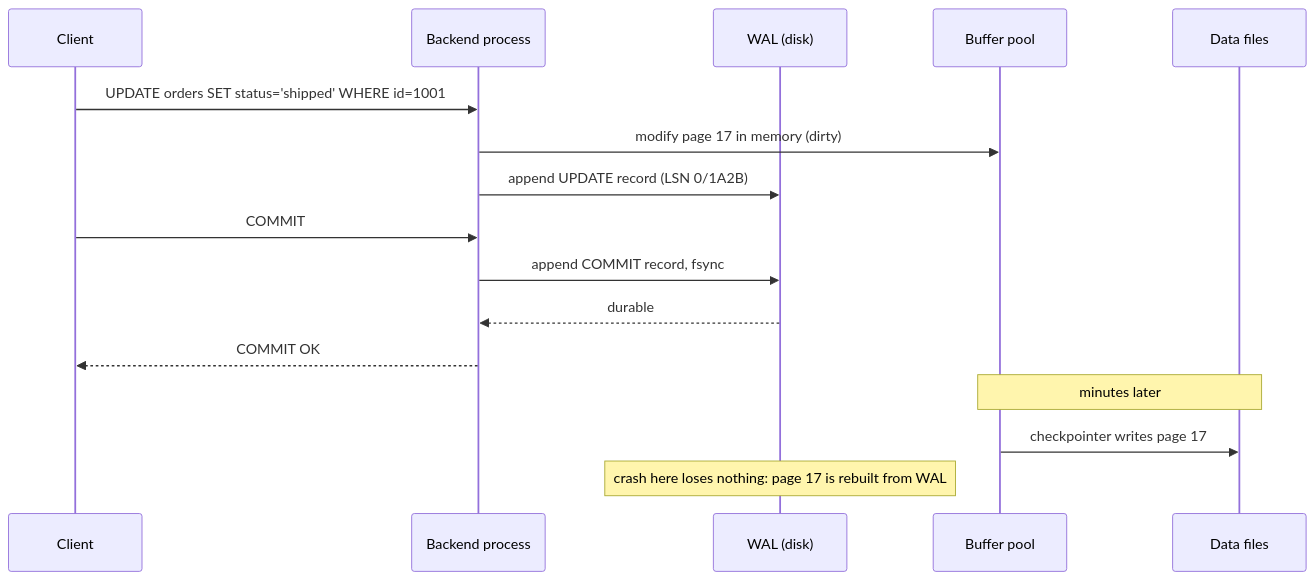
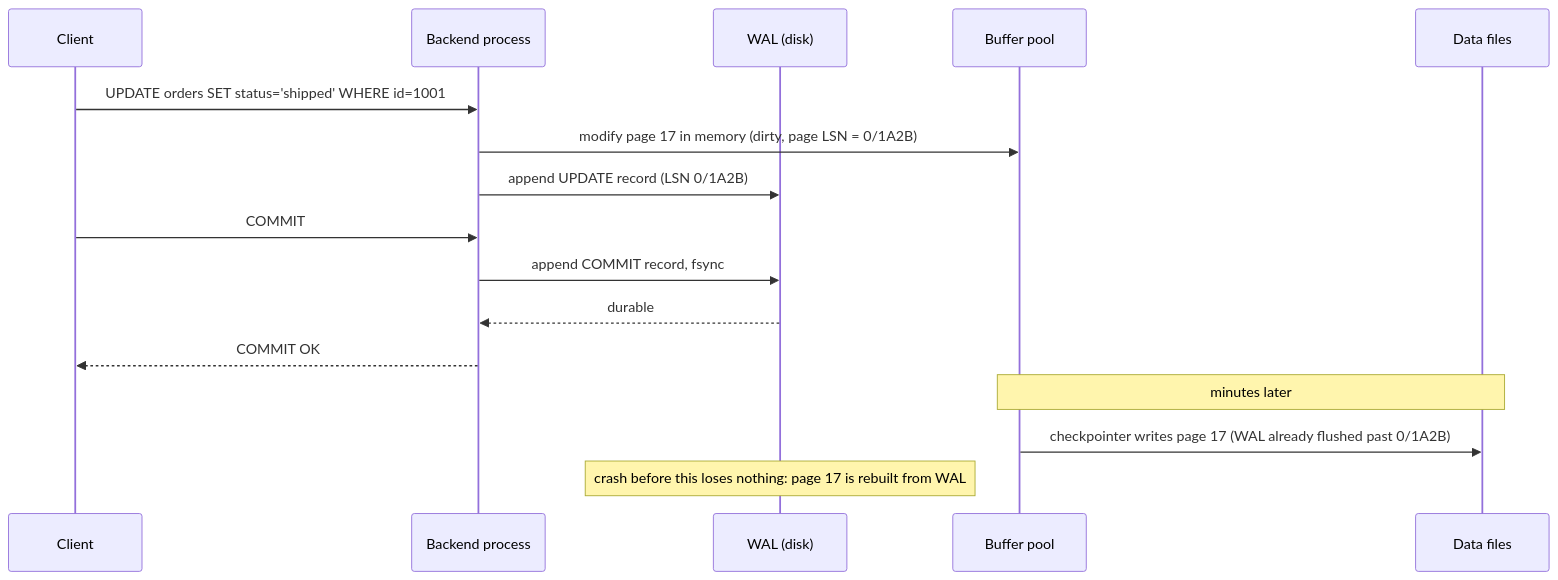
The diagram in content/tracks/07-databases/02-storage-and-scale/01-storage-engine-internals.md (thull32/ascend), drawn with Mermaid before and after one commit. The commit also changed other lines of this file and 23 other files, not shown here.

````diff
--- a/content/tracks/07-databases/02-storage-and-scale/01-storage-engine-internals.md
+++ b/content/tracks/07-databases/02-storage-and-scale/01-storage-engine-internals.md
@@ -142,18 +160,18 @@
 ```mermaid
 sequenceDiagram
     participant C as Client
     participant B as Backend process
     participant W as WAL (disk)
     participant P as Buffer pool
     participant D as Data files
     C->>B: UPDATE orders SET status='shipped' WHERE id=1001
-    B->>P: modify page 17 in memory (dirty)
+    B->>P: modify page 17 in memory (dirty, page LSN = 0/1A2B)
     B->>W: append UPDATE record (LSN 0/1A2B)
     C->>B: COMMIT
     B->>W: append COMMIT record, fsync
     W-->>B: durable
     B-->>C: COMMIT OK
     Note over P,D: minutes later
-    P->>D: checkpointer writes page 17
-    Note over W: crash here loses nothing: page 17 is rebuilt from WAL
+    P->>D: checkpointer writes page 17 (WAL already flushed past 0/1A2B)
+    Note over W: crash before this loses nothing: page 17 is rebuilt from WAL
 ```
````
